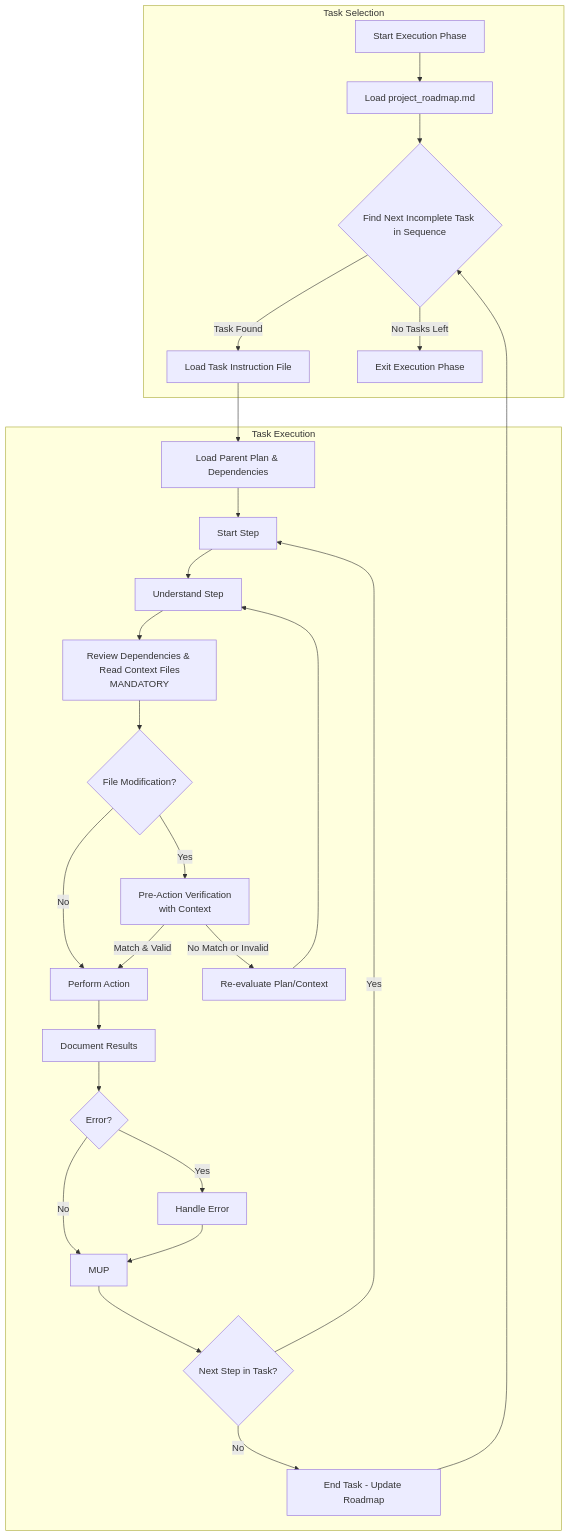
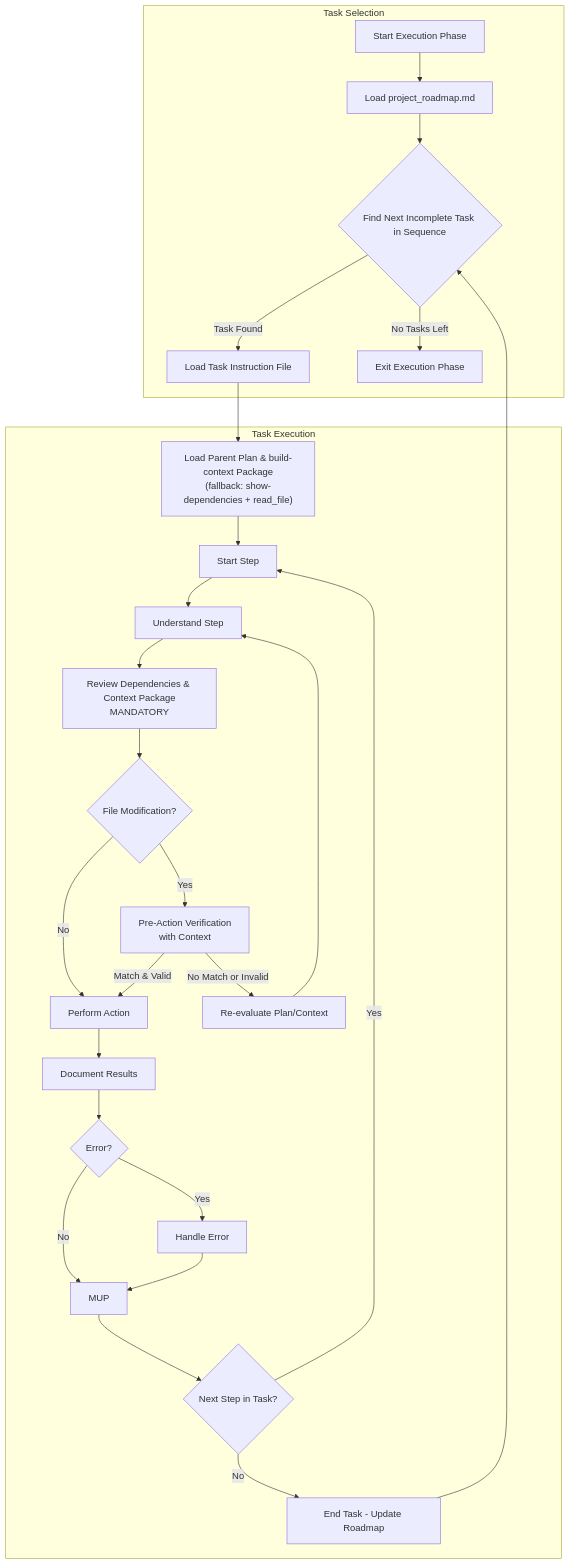
Before and after one commit to RPG-fan/Cline-Recursive-Chain-of-Thought-System-CRCT-: the diagram in .clinerules/execution_plugin.md, drawn with Mermaid. The commit also changed other lines of this file and 5 other files, not shown here.

````diff
--- a/.clinerules/execution_plugin.md
+++ b/.clinerules/execution_plugin.md
@@ -151,31 +209,31 @@
 ```mermaid
 flowchart TD
     subgraph Task Selection
         Start_Exec[Start Execution Phase] --> Load_Roadmap[Load project_roadmap.md]
         Load_Roadmap --> Find_Next_Task{Find Next Incomplete Task in Sequence}
         Find_Next_Task -- Task Found --> Load_Task_File[Load Task Instruction File]
         Find_Next_Task -- No Tasks Left --> End_Phase[Exit Execution Phase]
     end
 
     subgraph Task Execution
-        Load_Task_File --> Load_Context[Load Parent Plan & Dependencies]
+        Load_Task_File --> Load_Context["Load Parent Plan & build-context Package<br>(fallback: show-dependencies + read_file)"]
         Load_Context --> A[Start Step] --> B[Understand Step]
-        B --> C[Review Dependencies & Read Context Files<br>MANDATORY]
+        B --> C["Review Dependencies & Context Package<br>MANDATORY"]
         C --> D{File Modification?}
         D -- Yes --> E[Pre-Action Verification<br> with Context]
         D -- No --> G[Perform Action]
         E -- Match & Valid --> G
         E -- No Match or Invalid --> F[Re-evaluate Plan/Context]
         F --> B
         G --> H[Document Results]
         H --> I{Error?}
         I -- Yes --> J[Handle Error]
         I -- No --> K[MUP]
         J --> K
         K --> L{Next Step in Task?}
         L -- Yes --> A
         L -- No --> M[End Task - Update Roadmap]
     end
     
     M --> Find_Next_Task
 ```
````
